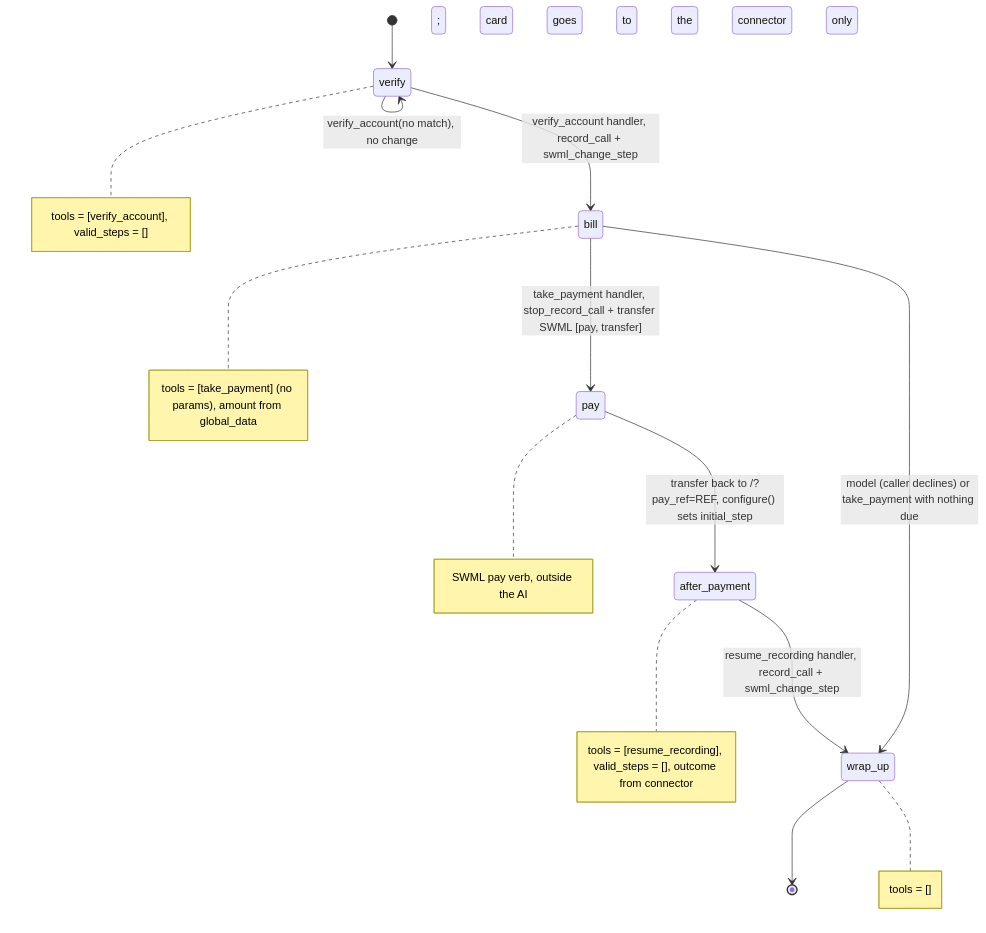
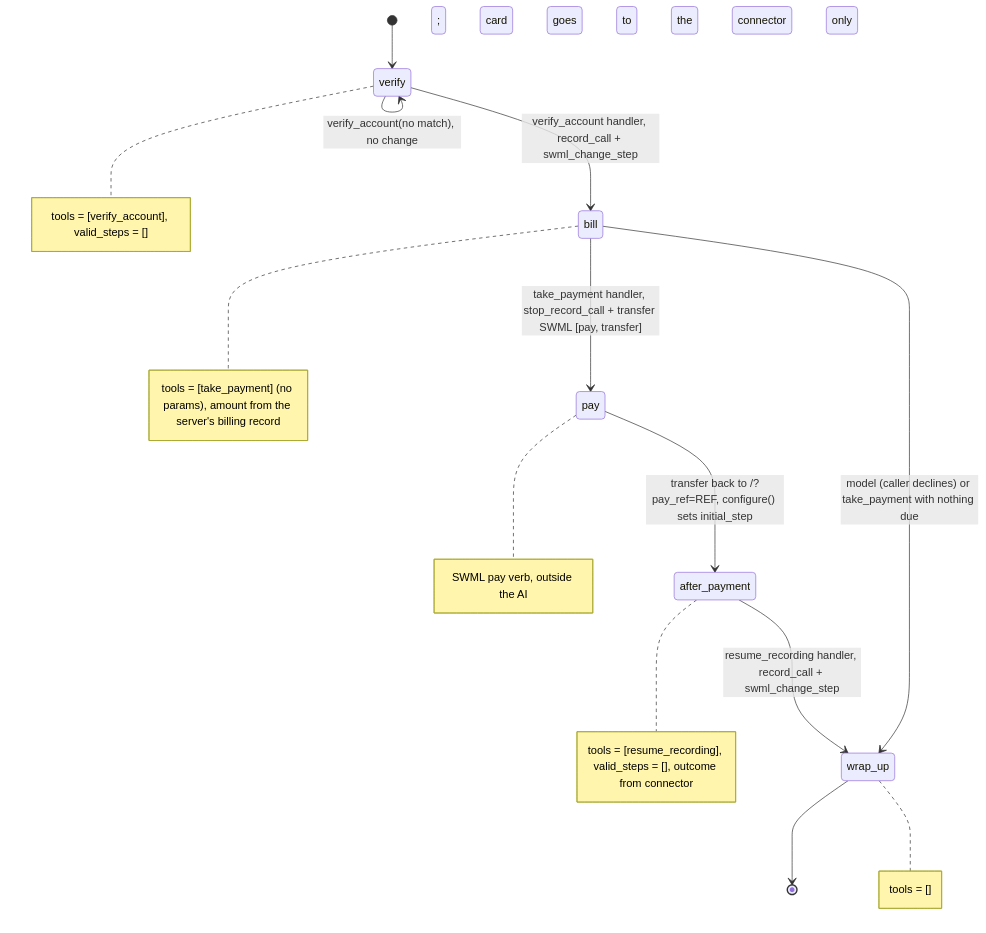
The diagram in recipes/10-utility-bill-payment-line/README.md (signalwire-demos/ai-recipes), drawn with Mermaid before and after one commit. The commit also changed other lines of this file and 6 other files, not shown here.

Commit message:
10-utility-bill-payment-line: server-side verification, lockout and bill amount

````diff
--- a/recipes/10-utility-bill-payment-line/README.md
+++ b/recipes/10-utility-bill-payment-line/README.md
@@ -38,16 +45,16 @@
 ```mermaid
 stateDiagram-v2
     [*] --> verify
     verify --> verify: verify_account(no match), no change
     verify --> bill: verify_account handler, record_call + swml_change_step
     bill --> pay: take_payment handler, stop_record_call + transfer SWML [pay, transfer]
     pay --> after_payment: transfer back to /?pay_ref=REF, configure() sets initial_step
     bill --> wrap_up: model (caller declines) or take_payment with nothing due
     after_payment --> wrap_up: resume_recording handler, record_call + swml_change_step
     wrap_up --> [*]
     note right of verify: tools = [verify_account], valid_steps = []
-    note right of bill: tools = [take_payment] (no params), amount from global_data
+    note right of bill: tools = [take_payment] (no params), amount from the server's billing record
     note right of pay: SWML pay verb, outside the AI; card goes to the connector only
     note right of after_payment: tools = [resume_recording], valid_steps = [], outcome from connector
     note right of wrap_up: tools = []
 ```
````
